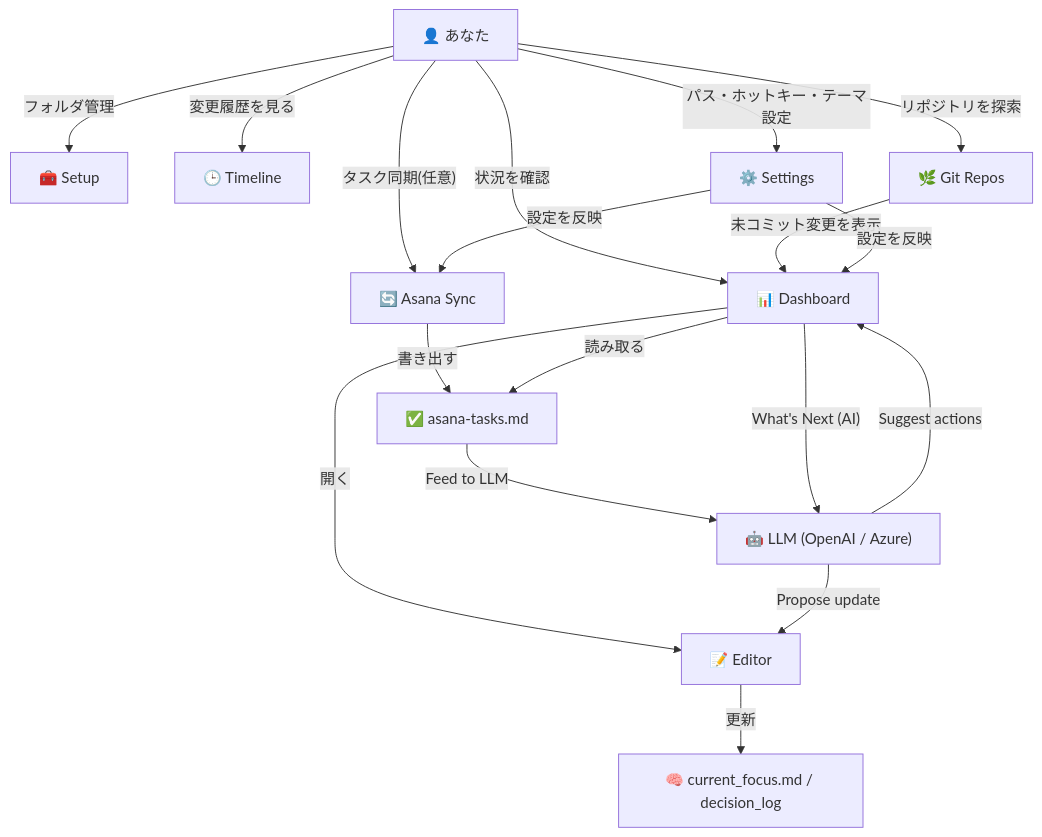
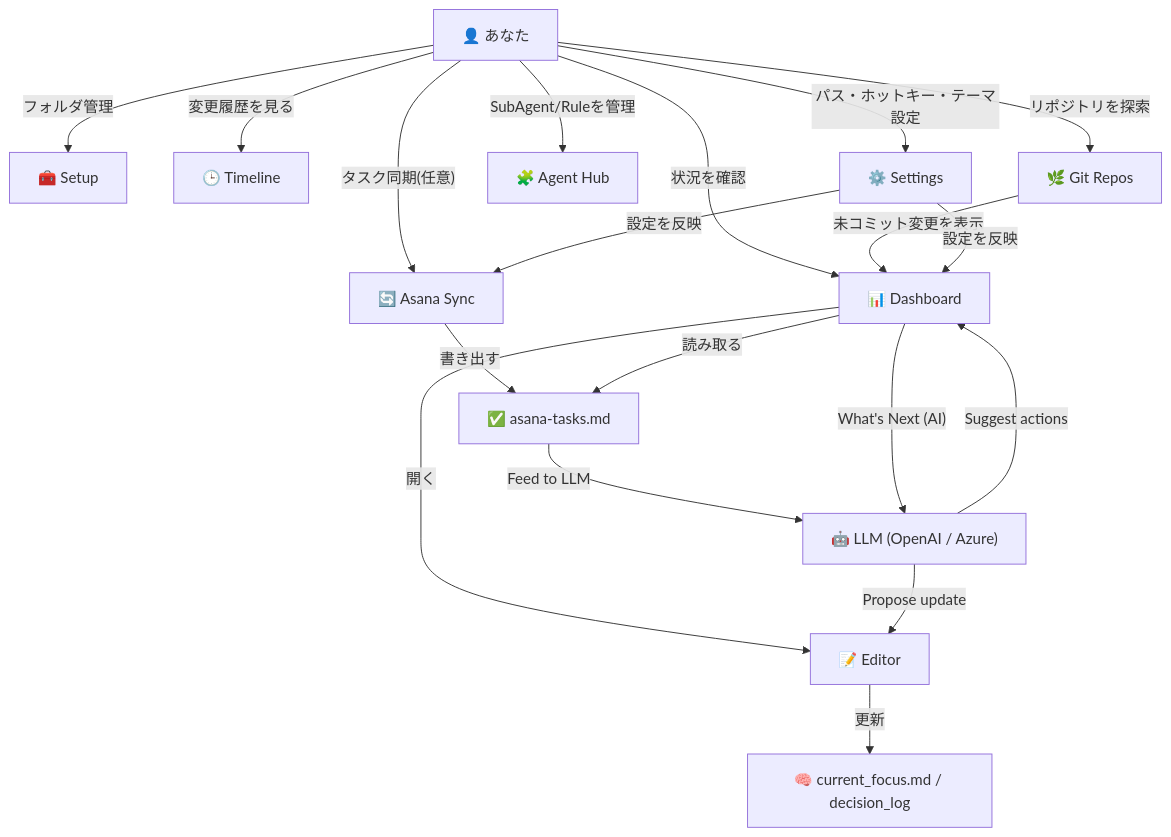
Before and after one commit to yt3trees/ProjectCurator: the first of 5 diagrams in README-ja.md, drawn with Mermaid. The commit also changed 1 other file, not shown here.

Commit message:
docs: add Agent Hub to feature maps

````diff
--- a/README-ja.md
+++ b/README-ja.md
@@ -30,23 +30,24 @@
 ```mermaid
 flowchart TD
     U["👤 あなた"] -->|"状況を確認"| DB["📊 Dashboard"]
     DB -->|"開く"| ED["📝 Editor"]
     ED -->|"更新"| CTX["🧠 current_focus.md / decision_log"]
 
     U -->|"タスク同期(任意)"| AS["🔄 Asana Sync"]
     AS -->|"書き出す"| TASKS["✅ asana-tasks.md"]
     DB -->|"読み取る"| TASKS
     TASKS -->|"Feed to LLM"| LLM["🤖 LLM (OpenAI / Azure)"]
     DB -->|"What's Next (AI)"| LLM
     LLM -->|"Propose update"| ED
     LLM -->|"Suggest actions"| DB
 
     U -->|"フォルダ管理"| SU["🧰 Setup"]
     U -->|"変更履歴を見る"| TL["🕒 Timeline"]
     U -->|"リポジトリを探索"| GR["🌿 Git Repos"]
+    U -->|"SubAgent/Ruleを管理"| AH["🧩 Agent Hub"]
     U -->|"パス・ホットキー・テーマ設定"| ST["⚙️ Settings"]
 
     GR -->|"未コミット変更を表示"| DB
     ST -->|"設定を反映"| DB
     ST -->|"設定を反映"| AS
 ```
````
